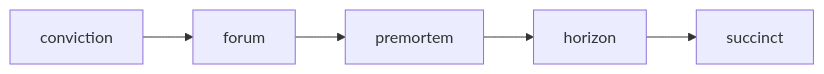
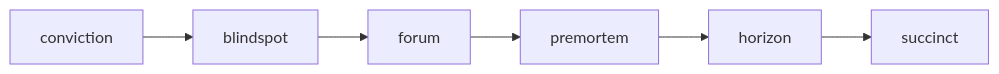
The second of 2 diagrams in README.md (nicoladevera/thinking-stack), drawn with Mermaid before and after one commit. The commit also changed other lines of this file and 3 other files, not shown here.

````diff
--- a/README.md
+++ b/README.md
@@ -169,4 +172,4 @@
 ```mermaid
 flowchart LR
-    conviction2[conviction] --> forum2[forum] --> premortem2[premortem] --> horizon2[horizon] --> succinct2[succinct]
+    conviction2[conviction] --> blindspot2[blindspot] --> forum2[forum] --> premortem2[premortem] --> horizon2[horizon] --> succinct2[succinct]
 ```
````
